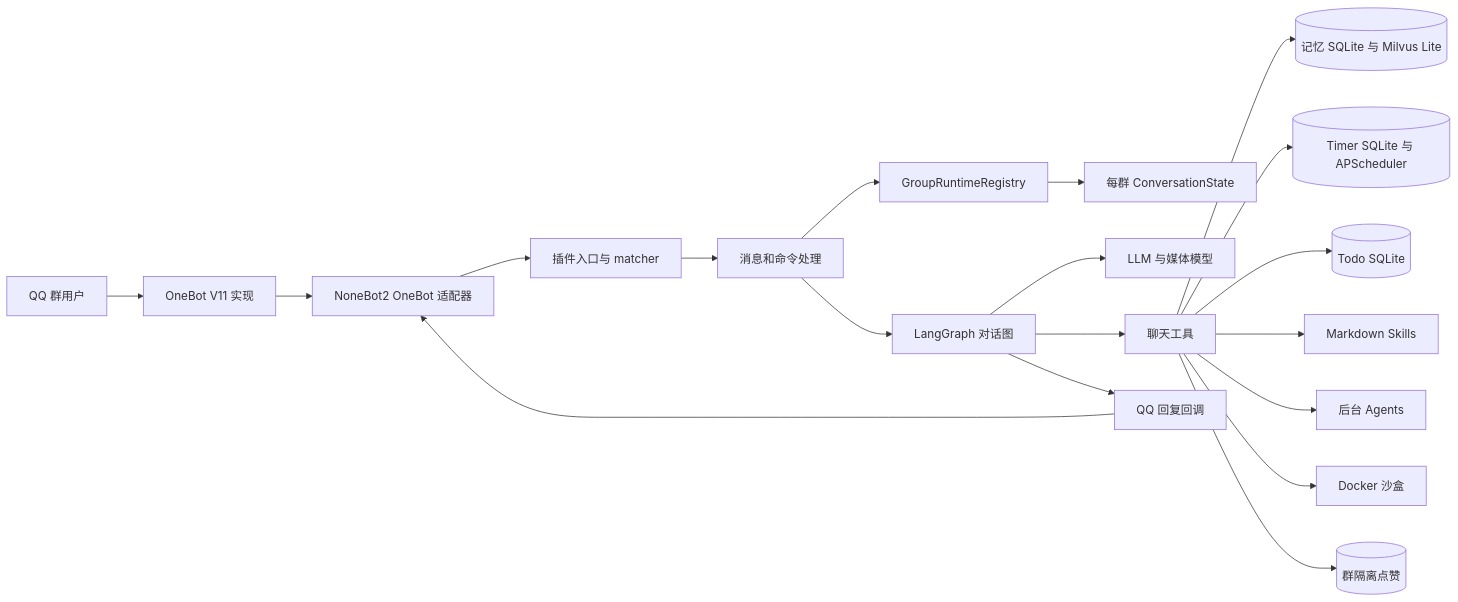
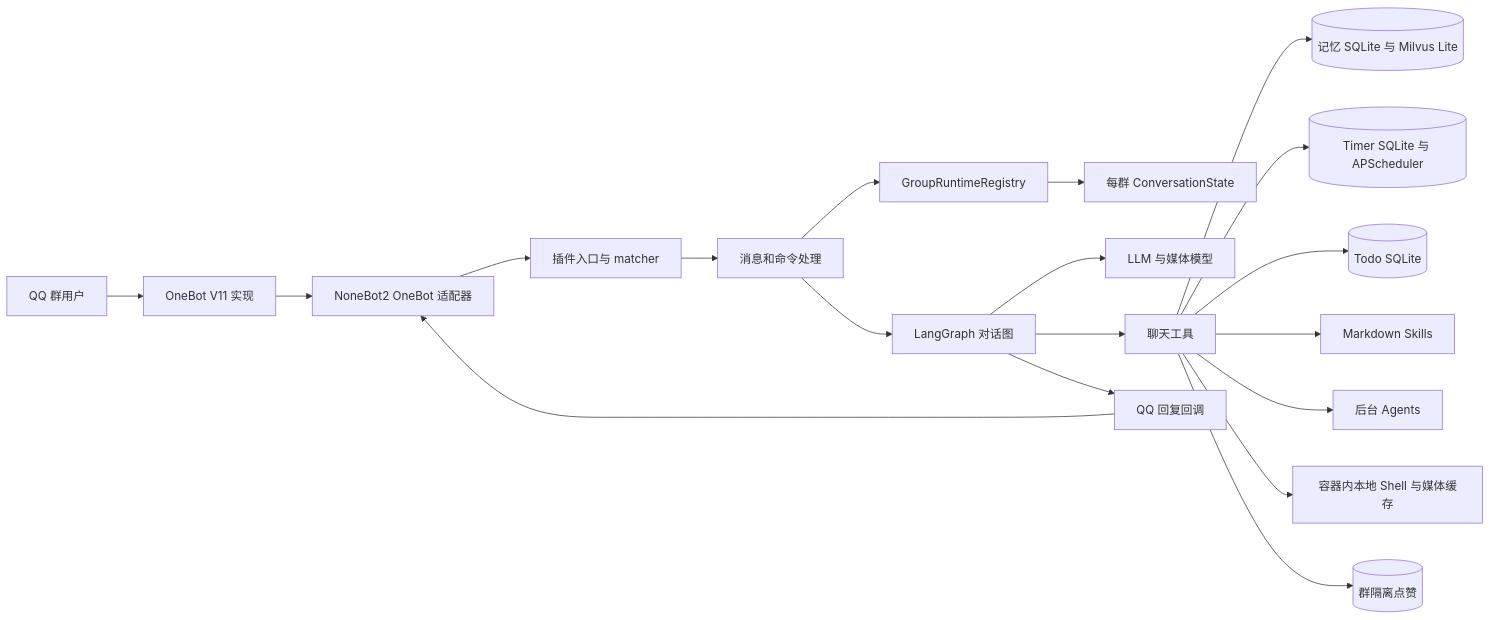
The first of 10 diagrams in docs/arch.md (ATreep/hatsume-qq-bot), drawn with Mermaid before and after one commit. The commit also changed other lines of this file and 48 other files, not shown here.

```diff
--- a/docs/arch.md
+++ b/docs/arch.md
@@ -9,21 +9,21 @@
 ~~~mermaid
 flowchart LR
     User[QQ 群用户] --> OB[OneBot V11 实现]
     OB --> NB[NoneBot2 OneBot 适配器]
     NB --> Entry[插件入口与 matcher]
     Entry --> Handlers[消息和命令处理]
     Handlers --> Registry[GroupRuntimeRegistry]
     Registry --> State[每群 ConversationState]
     Handlers --> Graph[LangGraph 对话图]
     Graph --> Models[LLM 与媒体模型]
     Graph --> Tools[聊天工具]
     Tools --> Memory[(记忆 SQLite 与 Milvus Lite)]
     Tools --> Timers[(Timer SQLite 与 APScheduler)]
     Tools --> Todos[(Todo SQLite)]
     Tools --> Skills[Markdown Skills]
     Tools --> Agents[后台 Agents]
-    Tools --> Sandbox[Docker 沙盒]
+    Tools --> Sandbox[容器内本地 Shell 与媒体缓存]
     Tools --> Likes[(群隔离点赞)]
     Graph --> Send[QQ 回复回调]
     Send --> NB
 ~~~
```
